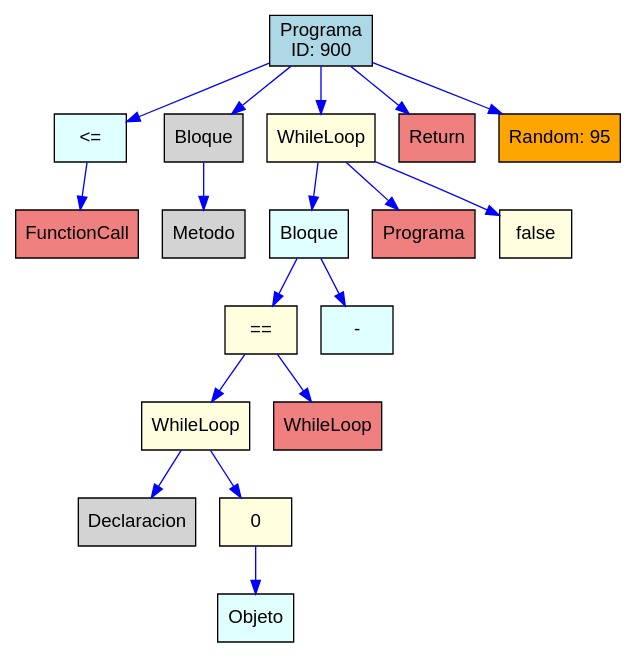
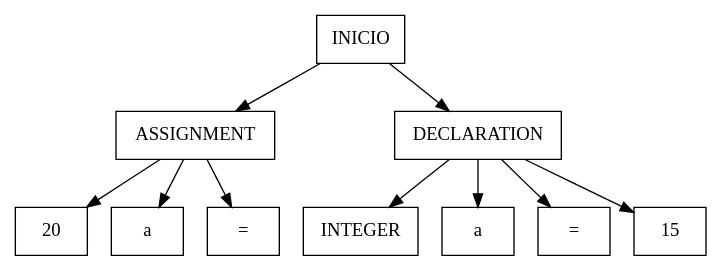
Before and after one commit to DiegVas/OLC2_2S_2025_202300638: the diagram in reports/ast.dot, drawn with Graphviz. The commit also changed 12 other files, not shown here.

```diff
--- a/reports/ast.dot
+++ b/reports/ast.dot
@@ -1,41 +1,22 @@
 digraph AST {
-    rankdir=TB;
-    node [shape=box, style=filled, fontname="Arial"];
-    edge [color=blue];
-    
-    node0 [label="Programa\nID: 900", fillcolor=lightblue];
-    node1 [label="<=", fillcolor=lightcyan];
-    node0 -> node1;
-    node2 [label="Bloque", fillcolor=lightgray];
-    node0 -> node2;
-    node3 [label="WhileLoop", fillcolor=lightyellow];
-    node0 -> node3;
-    node4 [label="Bloque", fillcolor=lightcyan];
-    node3 -> node4;
-    node5 [label="Return", fillcolor=lightcoral];
-    node0 -> node5;
-    node6 [label="==", fillcolor=lightyellow];
-    node4 -> node6;
-    node7 [label="WhileLoop", fillcolor=lightyellow];
-    node6 -> node7;
-    node8 [label="-", fillcolor=lightcyan];
-    node4 -> node8;
-    node9 [label="Declaracion", fillcolor=lightgray];
-    node7 -> node9;
-    node10 [label="WhileLoop", fillcolor=lightcoral];
-    node6 -> node10;
-    node11 [label="0", fillcolor=lightyellow];
-    node7 -> node11;
-    node12 [label="Objeto", fillcolor=lightcyan];
-    node11 -> node12;
-    node13 [label="Metodo", fillcolor=lightgray];
-    node2 -> node13;
-    node14 [label="Programa", fillcolor=lightcoral];
-    node3 -> node14;
-    node15 [label="false", fillcolor=lightyellow];
-    node3 -> node15;
-    node16 [label="FunctionCall", fillcolor=lightcoral];
-    node1 -> node16;
-    node17 [label="Random: 95", fillcolor=orange];
-    node0 -> node17;
+node [shape=box];
+node0 [label="INICIO"];
+node6 [label="ASSIGNMENT"];
+node9 [label="20"];
+node8 [label="a"];
+node7 [label="="];
+node1 [label="DECLARATION"];
+node5 [label="INTEGER"];
+node4 [label="a"];
+node3 [label="="];
+node2 [label="15"];
+node0 -> node6;
+node6 -> node9;
+node6 -> node8;
+node6 -> node7;
+node0 -> node1;
+node1 -> node5;
+node1 -> node4;
+node1 -> node3;
+node1 -> node2;
 }
```
